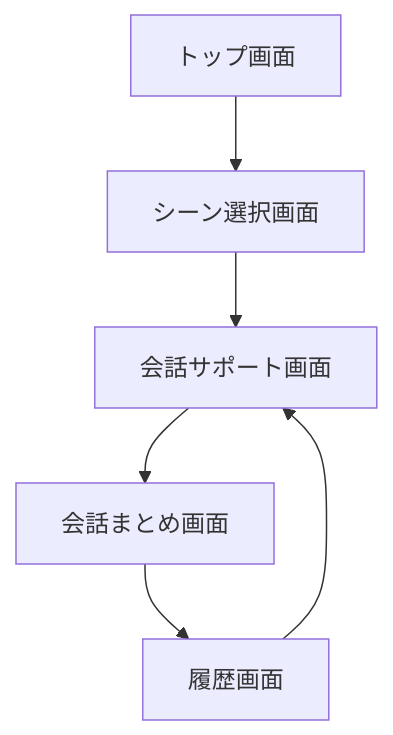
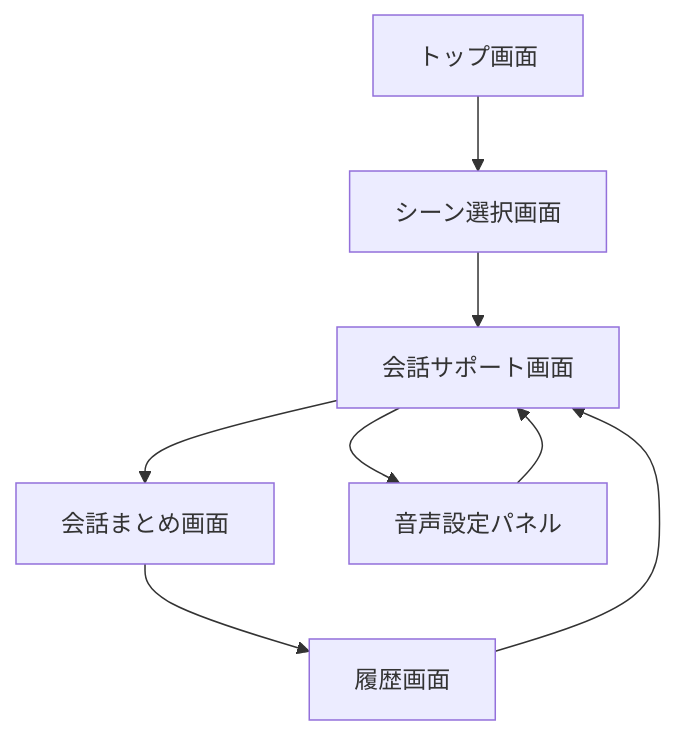
The first of 2 diagrams in docs/UI_UX_Yuki.md (KaichoHarry/talk-seed), drawn with Mermaid before and after one commit. The commit also changed other lines of this file, not shown here.

````diff
--- a/docs/UI_UX_Yuki.md
+++ b/docs/UI_UX_Yuki.md
@@ -83,8 +92,10 @@
 ```mermaid
 flowchart TD
     A[トップ画面] --> B[シーン選択画面]
     B --> C[会話サポート画面]
     C --> D[会話まとめ画面]
     D --> E[履歴画面]
     E --> C
+    C --> F[音声設定パネル]
+    F --> C
 ```
````
